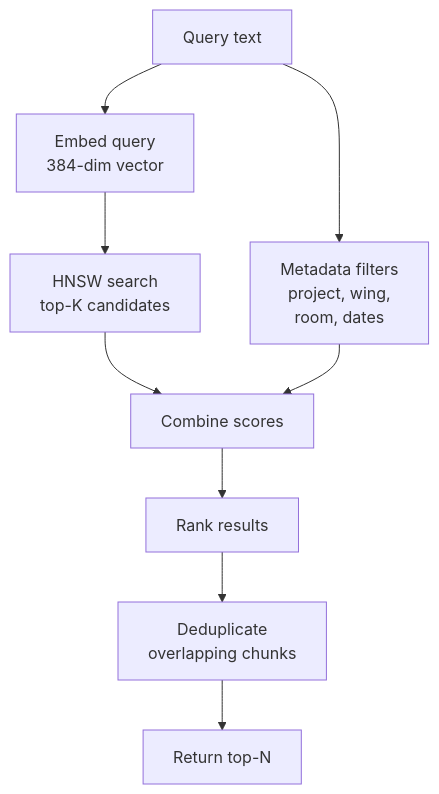
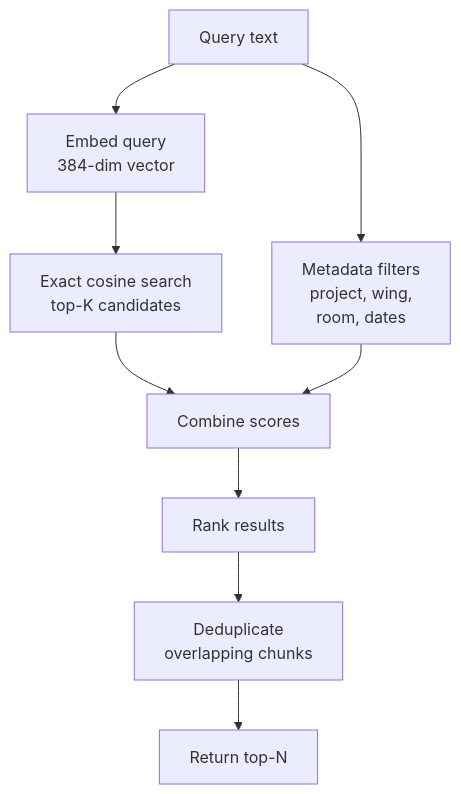
One commit to suykerbuyk/vibe-palace changed the eighth of 12 diagrams in doc/PRD-vibe-palace.md. Above: the diagram before and after it, drawn with Mermaid. The commit also changed other lines of this file and 32 other files, not shown here.

````diff
--- a/doc/PRD-vibe-palace.md
+++ b/doc/PRD-vibe-palace.md
@@ -550,15 +598,15 @@
 ```mermaid
 flowchart TD
     Q["Query text"]
     Q --> EMB["Embed query<br/>384-dim vector"]
     Q --> FILT["Metadata filters<br/>project, wing,<br/>room, dates"]
 
-    EMB --> HNSW["HNSW search<br/>top-K candidates"]
+    EMB --> VSRCH["Exact cosine search<br/>top-K candidates"]
 
-    HNSW --> SCORE["Combine scores"]
+    VSRCH --> SCORE["Combine scores"]
     FILT --> SCORE
 
     SCORE --> RANK["Rank results"]
     RANK --> DEDUP["Deduplicate<br/>overlapping chunks"]
     DEDUP --> OUT["Return top-N"]
 ```
````
